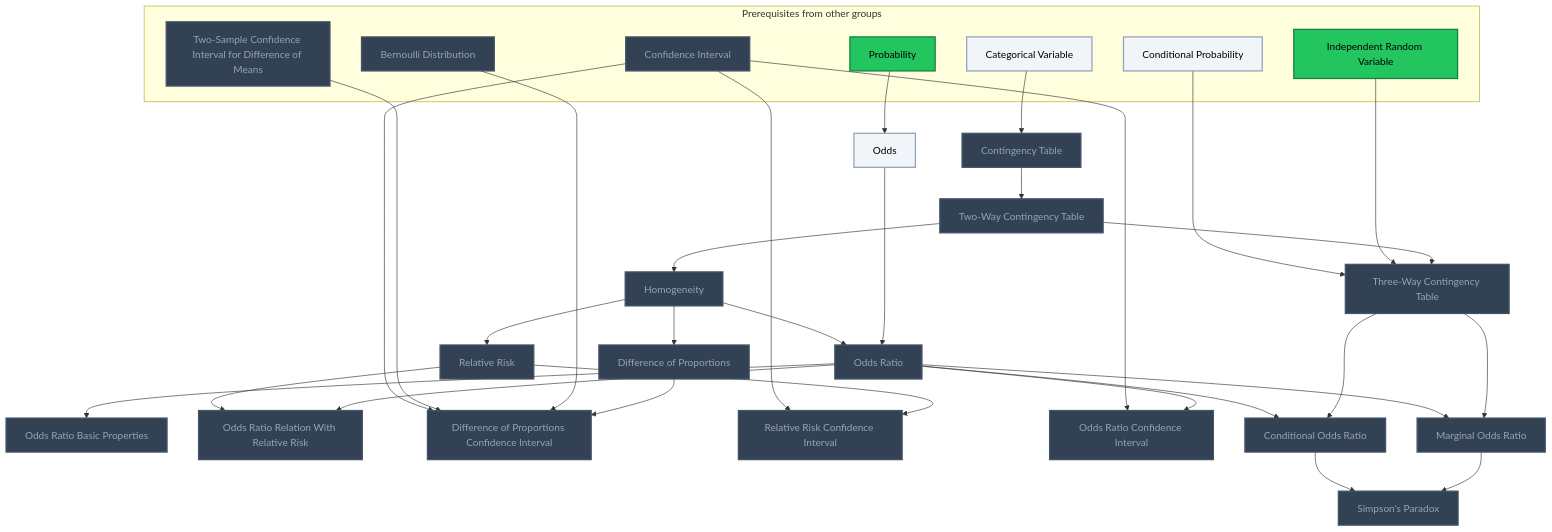
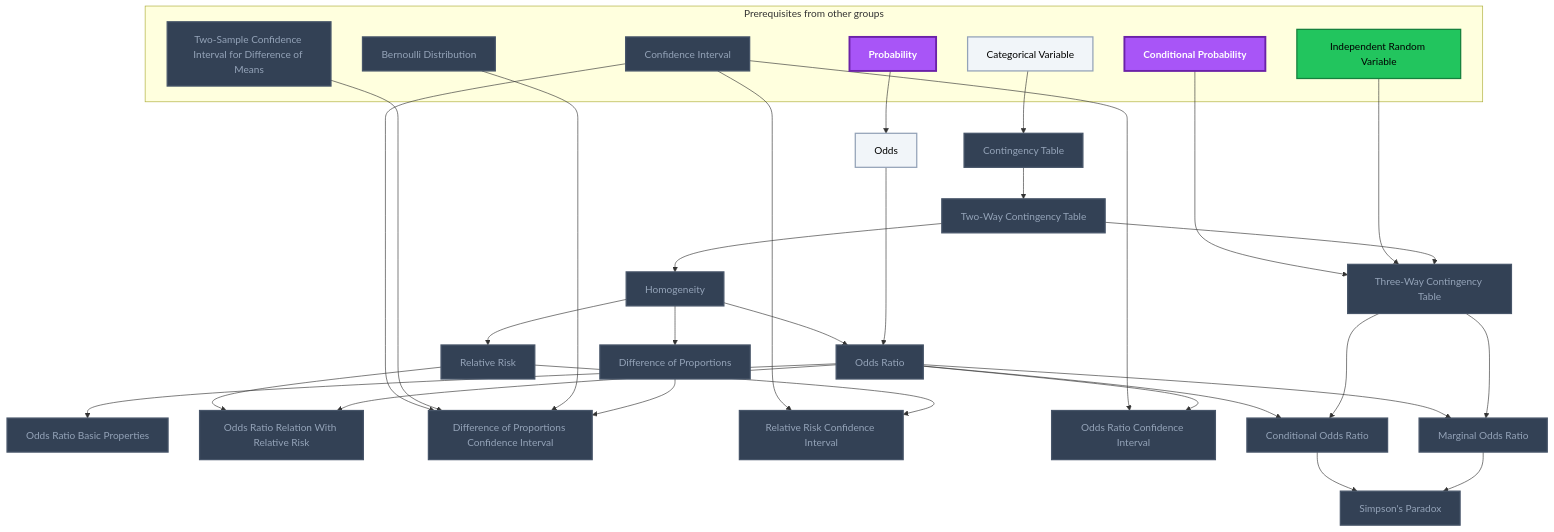
Before and after one commit to MRauf1/My-Notes: the eighth of 11 diagrams in Gamification/Skill Trees/Categorical Variable Prediction.md, drawn with Mermaid. The commit also changed other lines of this file and 145 other files, not shown here.

````diff
--- a/Gamification/Skill Trees/Categorical Variable Prediction.md
+++ b/Gamification/Skill Trees/Categorical Variable Prediction.md
@@ -469,69 +475,70 @@
 ```mermaid
 flowchart TD
     classDef planned fill:#1E293B,stroke:#64748B,stroke-width:2px,stroke-dasharray:5 5,color:#94A3B8;
     classDef locked fill:#334155,stroke:#475569,stroke-width:2px,color:#94A3B8;
     classDef L0 fill:#F1F5F9,stroke:#94A3B8,stroke-width:2px,color:#000000;
     classDef L1 fill:#22C55E,stroke:#15803D,stroke-width:2px,color:#000000;
     classDef L2 fill:#3B82F6,stroke:#1D4ED8,stroke-width:3px,color:#FFFFFF;
     classDef L3 fill:#A855F7,stroke:#6B21A8,stroke-width:3px,color:#FFFFFF,font-weight:bold;
     classDef L4 fill:#F97316,stroke:#C2410C,stroke-width:4px,color:#000000,font-weight:bold;
     classDef L5 fill:#FFD700,stroke:#FF8C00,stroke-width:5px,color:#000000,font-weight:bold;
     classDef rusty stroke:#8B4513,stroke-width:4px,stroke-dasharray:3 3;
     subgraph sg_prereqs["Prerequisites from other groups"]
         n_categorical_variable["Categorical Variable"]
         n_probability["Probability"]
         n_confidence_interval["Confidence Interval"]
         n_two_sample_confidence_interval_for_difference_of_means["Two-Sample Confidence Interval for Difference of Means"]
         n_bernoulli_distribution["Bernoulli Distribution"]
         n_conditional_probability["Conditional Probability"]
         n_independent_random_variable["Independent Random Variable"]
     end
     n_contingency_table["Contingency Table"]
     n_two_way_contingency_table["Two-Way Contingency Table"]
     n_homogeneity["Homogeneity"]
     n_difference_of_proportions["Difference of Proportions"]
     n_relative_risk["Relative Risk"]
     n_odds["Odds"]
     n_odds_ratio["Odds Ratio"]
     n_odds_ratio_basic_properties["Odds Ratio Basic Properties"]
     n_odds_ratio_relation_with_relative_risk["Odds Ratio Relation With Relative Risk"]
     n_difference_of_proportions_confidence_interval["Difference of Proportions Confidence Interval"]
     n_relative_risk_confidence_interval["Relative Risk Confidence Interval"]
     n_odds_ratio_confidence_interval["Odds Ratio Confidence Interval"]
     n_three_way_contingency_table["Three-Way Contingency Table"]
     n_conditional_odds_ratio["Conditional Odds Ratio"]
     n_marginal_odds_ratio["Marginal Odds Ratio"]
     n_simpson_s_paradox["Simpson's Paradox"]
     n_categorical_variable --> n_contingency_table
     n_contingency_table --> n_two_way_contingency_table
     n_two_way_contingency_table --> n_homogeneity
     n_homogeneity --> n_difference_of_proportions
     n_homogeneity --> n_relative_risk
     n_probability --> n_odds
     n_homogeneity --> n_odds_ratio
     n_odds --> n_odds_ratio
     n_odds_ratio --> n_odds_ratio_basic_properties
     n_relative_risk --> n_odds_ratio_relation_with_relative_risk
     n_odds_ratio --> n_odds_ratio_relation_with_relative_risk
     n_confidence_interval --> n_difference_of_proportions_confidence_interval
     n_two_sample_confidence_interval_for_difference_of_means --> n_difference_of_proportions_confidence_interval
     n_bernoulli_distribution --> n_difference_of_proportions_confidence_interval
     n_difference_of_proportions --> n_difference_of_proportions_confidence_interval
     n_confidence_interval --> n_relative_risk_confidence_interval
     n_relative_risk --> n_relative_risk_confidence_interval
     n_confidence_interval --> n_odds_ratio_confidence_interval
     n_odds_ratio --> n_odds_ratio_confidence_interval
     n_conditional_probability --> n_three_way_contingency_table
     n_independent_random_variable --> n_three_way_contingency_table
     n_two_way_contingency_table --> n_three_way_contingency_table
     n_odds_ratio --> n_conditional_odds_ratio
     n_three_way_contingency_table --> n_conditional_odds_ratio
     n_odds_ratio --> n_marginal_odds_ratio
     n_three_way_contingency_table --> n_marginal_odds_ratio
     n_conditional_odds_ratio --> n_simpson_s_paradox
     n_marginal_odds_ratio --> n_simpson_s_paradox
     class n_confidence_interval,n_two_sample_confidence_interval_for_difference_of_means,n_bernoulli_distribution,n_contingency_table,n_two_way_contingency_table,n_homogeneity,n_difference_of_proportions,n_relative_risk,n_odds_ratio,n_odds_ratio_basic_properties,n_odds_ratio_relation_with_relative_risk,n_difference_of_proportions_confidence_interval,n_relative_risk_confidence_interval,n_odds_ratio_confidence_interval,n_three_way_contingency_table,n_conditional_odds_ratio,n_marginal_odds_ratio,n_simpson_s_paradox locked;
-    class n_categorical_variable,n_conditional_probability,n_odds L0;
-    class n_probability,n_independent_random_variable L1;
+    class n_categorical_variable,n_odds L0;
+    class n_independent_random_variable L1;
+    class n_probability,n_conditional_probability L3;
     class n_categorical_variable,n_probability,n_confidence_interval,n_two_sample_confidence_interval_for_difference_of_means,n_bernoulli_distribution,n_conditional_probability,n_independent_random_variable,n_contingency_table,n_two_way_contingency_table,n_homogeneity,n_difference_of_proportions,n_relative_risk,n_odds,n_odds_ratio,n_odds_ratio_basic_properties,n_odds_ratio_relation_with_relative_risk,n_difference_of_proportions_confidence_interval,n_relative_risk_confidence_interval,n_odds_ratio_confidence_interval,n_three_way_contingency_table,n_conditional_odds_ratio,n_marginal_odds_ratio,n_simpson_s_paradox internal-link;
 ```
````
